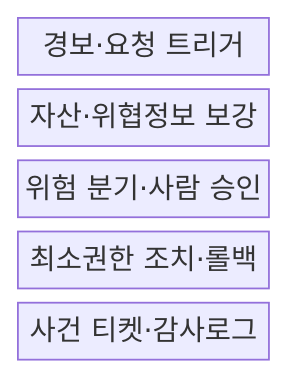
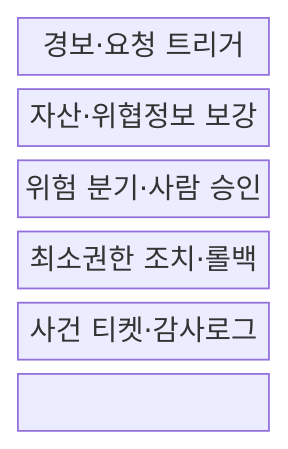
One commit to agnusdei1207/knowledge-base changed the first of 2 diagrams in src/content/docs/notes/05-security/121_security_orchestration_playbook.md. Above: the diagram before and after it, drawn with Mermaid. The commit also changed other lines of this file and 151 other files, not shown here.

````diff
--- a/src/content/docs/notes/05-security/121_security_orchestration_playbook.md
+++ b/src/content/docs/notes/05-security/121_security_orchestration_playbook.md
@@ -52,9 +52,11 @@
 ```mermaid
 block-beta
   columns 1
   T["경보·요청 트리거"]
   E["자산·위협정보 보강"]
   D["위험 분기·사람 승인"]
   A["최소권한 조치·롤백"]
   L["사건 티켓·감사로그"]
+  T --- E --- D
+  D --- A --- L
 ```
````
